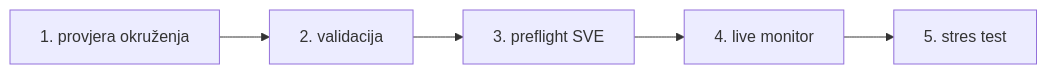
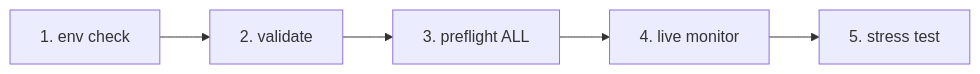
Before and after one commit to IrsanAI/TPM-Agent: the diagram in docs/i18n/README.bs.md, drawn with Mermaid. The commit also changed other lines of this file, not shown here.

Commit message:
fix(i18n): ensure consistent language and correct navigation links in all READMEs

````diff
--- a/docs/i18n/README.bs.md
+++ b/docs/i18n/README.bs.md
@@ -32,7 +32,7 @@
 ```mermaid
 flowchart LR
-  A[1. provjera okruženja] --> B[2. validacija]
-  B --> C[3. preflight SVE]
+  A[1. env check] --> B[2. validate]
+  B --> C[3. preflight ALL]
   C --> D[4. live monitor]
-  D --> E[5. stres test]
+  D --> E[5. stress test]
 ```
````
